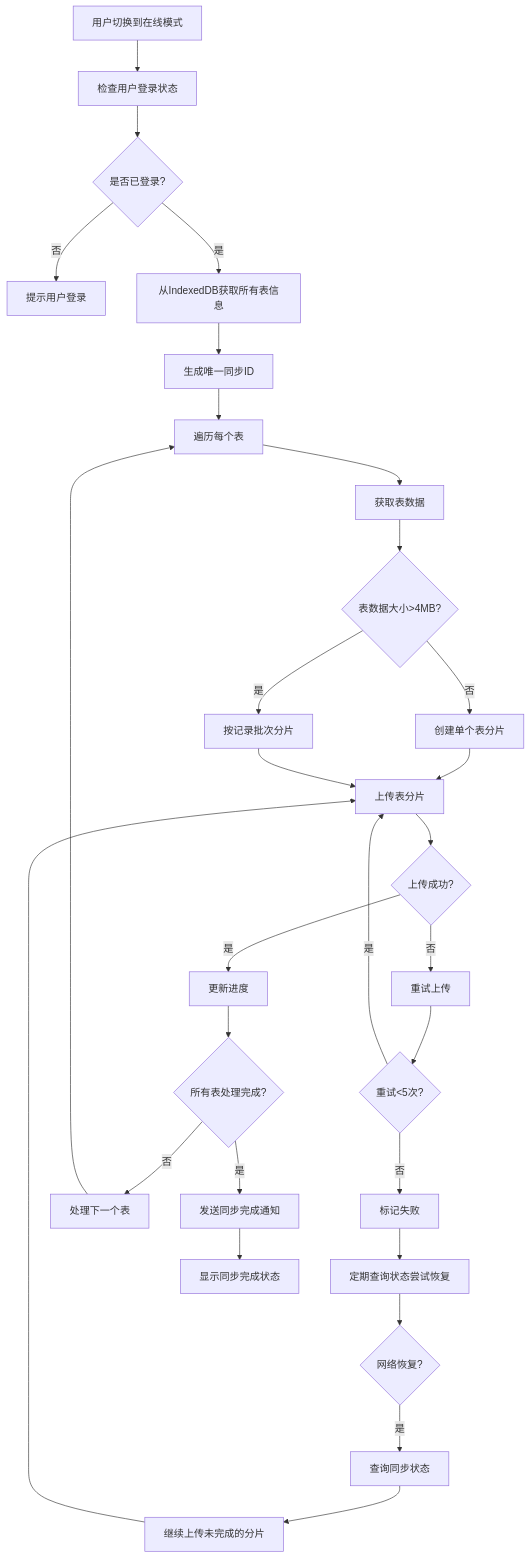
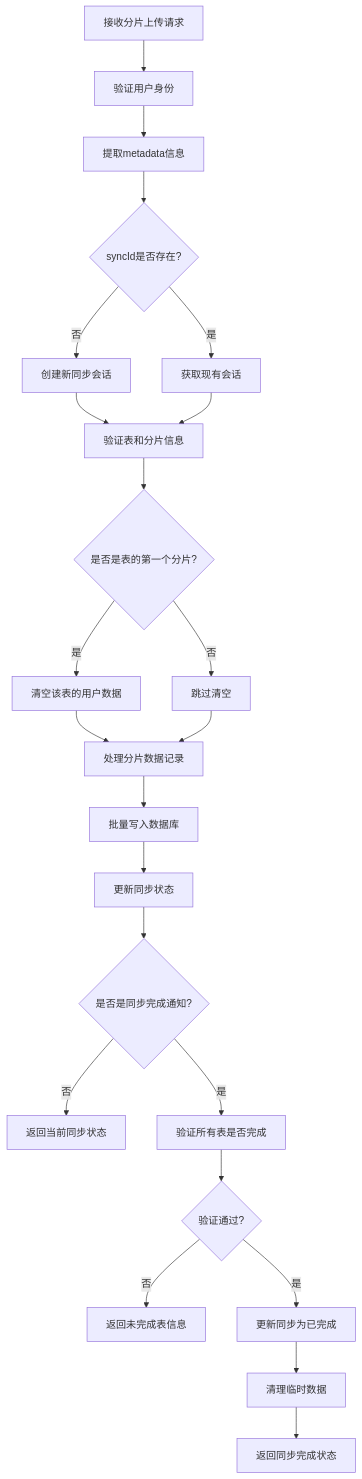
Before and after one commit to yingjianzh/iodraw-files: the diagram in all/未命名-59.md, drawn with Mermaid.

Commit message:
2025-05-14 17:55:25 update

````diff
--- a/all/未命名-59.md
+++ b/all/未命名-59.md
@@ -1,31 +1,25 @@
 ```mermaid
 flowchart TD
-    A[用户切换到在线模式] --> B[检查用户登录状态]
-    B --> C{是否已登录?}
-    C -->|否| D[提示用户登录]
-    C -->|是| E[从IndexedDB获取所有表信息]
-    E --> F[生成唯一同步ID]
-    F --> G[遍历每个表]
-    G --> H[获取表数据]
-    H --> I{表数据大小>4MB?}
-    I -->|否| J[创建单个表分片]
-    I -->|是| K[按记录批次分片]
-    J --> L[上传表分片]
-    K --> L
-    L --> M{上传成功?}
-    M -->|否| N[重试上传]
-    N --> O{重试<5次?}
-    O -->|是| L
-    O -->|否| P[标记失败]
-    P --> Q[定期查询状态尝试恢复]
-    M -->|是| R[更新进度]
-    R --> S{所有表处理完成?}
-    S -->|否| T[处理下一个表]
-    T --> G
-    S -->|是| U[发送同步完成通知]
-    U --> V[显示同步完成状态]
-    Q --> W{网络恢复?}
-    W -->|是| X[查询同步状态]
-    X --> Y[继续上传未完成的分片]
-    Y --> L
+    A[接收分片上传请求] --> B[验证用户身份]
+    B --> C[提取metadata信息]
+    C --> D{syncId是否存在?}
+    D -->|否| E[创建新同步会话]
+    D -->|是| F[获取现有会话]
+    E --> G[验证表和分片信息]
+    F --> G
+    G --> H{是否是表的第一个分片?}
+    H -->|是| I[清空该表的用户数据]
+    H -->|否| J[跳过清空]
+    I --> K[处理分片数据记录]
+    J --> K
+    K --> L[批量写入数据库]
+    L --> M[更新同步状态]
+    M --> N{是否是同步完成通知?}
+    N -->|否| O[返回当前同步状态]
+    N -->|是| P[验证所有表是否完成]
+    P --> Q{验证通过?}
+    Q -->|否| R[返回未完成表信息]
+    Q -->|是| S[更新同步为已完成]
+    S --> T[清理临时数据]
+    T --> U[返回同步完成状态]
 ```
````
